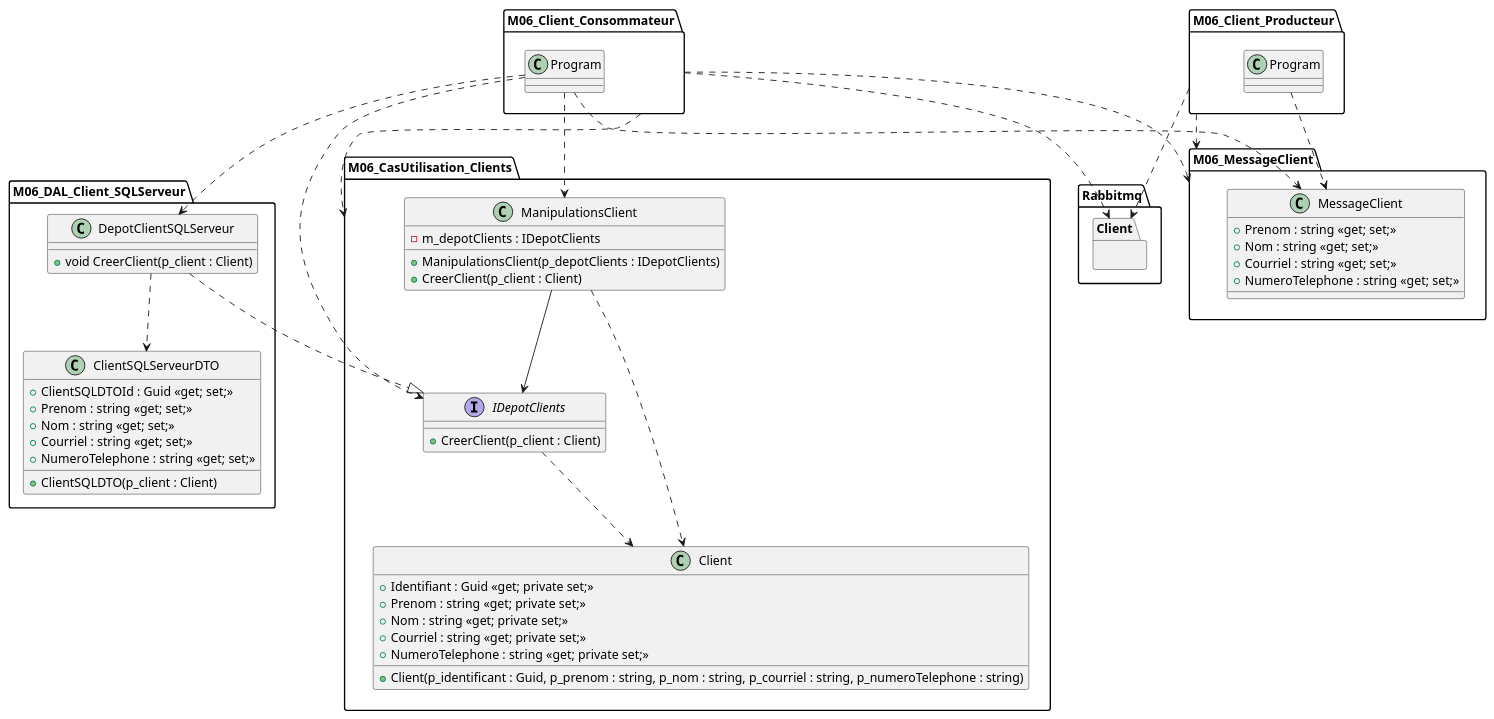
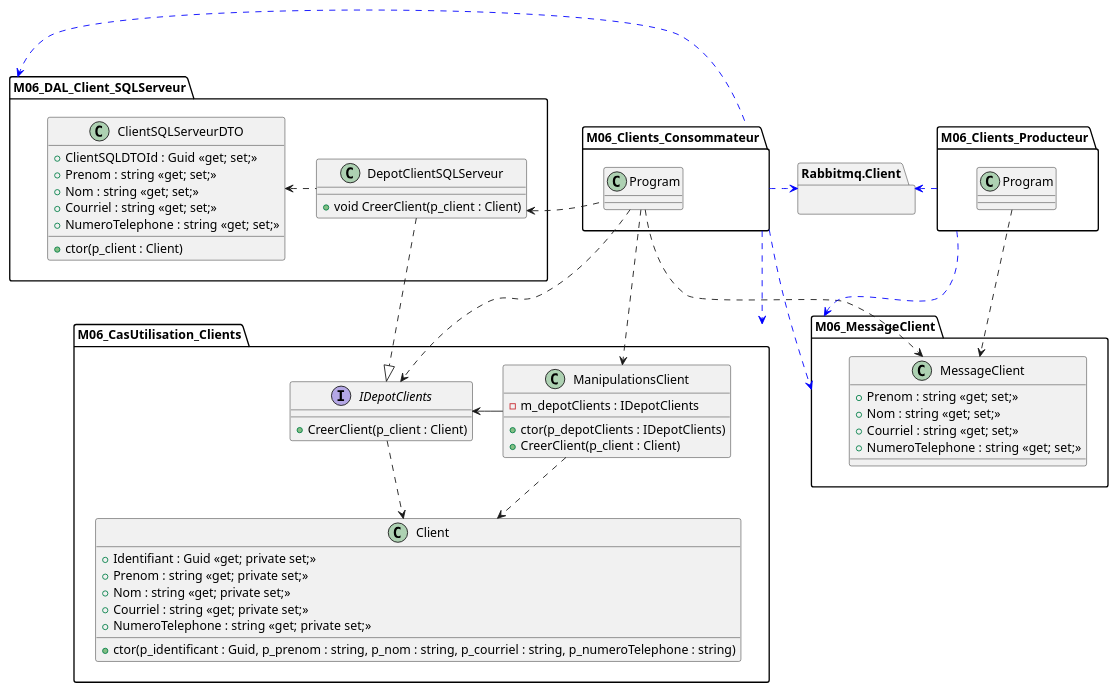
One commit to PiFou86/420-W47-SF changed the diagram in Module06_FileMessages/diag/uml_exercice2.wsd. Above: the diagram before and after it, drawn with PlantUML.

```diff
--- a/Module06_FileMessages/diag/uml_exercice2.wsd
+++ b/Module06_FileMessages/diag/uml_exercice2.wsd
@@ -1,78 +1,83 @@
 @startuml clients_classes
+set namespaceSeparator ::
 
 package M06_CasUtilisation_Clients {
     class ManipulationsClient {
         - m_depotClients : IDepotClients
-        + ManipulationsClient(p_depotClients : IDepotClients)
+        + ctor(p_depotClients : IDepotClients)
         + CreerClient(p_client : Client)
     }
+
     interface IDepotClients {
         + CreerClient(p_client : Client)
     }
+
     class Client {
         + Identifiant : Guid <<get; private set;>>
         + Prenom : string <<get; private set;>>
         + Nom : string <<get; private set;>>
         + Courriel : string <<get; private set;>>
         + NumeroTelephone : string <<get; private set;>>
-        + Client(p_identificant : Guid, p_prenom : string, p_nom : string, p_courriel : string, p_numeroTelephone : string)
+        + ctor(p_identificant : Guid, p_prenom : string, p_nom : string, p_courriel : string, p_numeroTelephone : string)
     }
-    ManipulationsClient --> IDepotClients
+
+    ManipulationsClient -> IDepotClients
     ManipulationsClient ..> Client
     IDepotClients ..> Client
 }
 
 package M06_DAL_Client_SQLServeur {
     class DepotClientSQLServeur {
         + void CreerClient(p_client : Client)
     }
 
     class ClientSQLServeurDTO {
         + ClientSQLDTOId : Guid <<get; set;>>
         + Prenom : string <<get; set;>>
         + Nom : string <<get; set;>>
         + Courriel : string <<get; set;>>
         + NumeroTelephone : string <<get; set;>>
-        + ClientSQLDTO(p_client : Client)
+        + ctor(p_client : Client)
     }
 
-    DepotClientSQLServeur ..|> IDepotClients
-    DepotClientSQLServeur ..> ClientSQLServeurDTO
+    DepotClientSQLServeur ..|> M06_CasUtilisation_Clients::IDepotClients
+    DepotClientSQLServeur .l> ClientSQLServeurDTO
 }
 
-package M06_MessageClient {
-    class MessageClient {
-        + Prenom : string <<get; set;>>
-        + Nom : string <<get; set;>>
-        + Courriel : string <<get; set;>>
-        + NumeroTelephone : string <<get; set;>>
+together {
+    package M06_MessageClient {
+        class MessageClient {
+            + Prenom : string <<get; set;>>
+            + Nom : string <<get; set;>>
+            + Courriel : string <<get; set;>>
+            + NumeroTelephone : string <<get; set;>>
+        }
     }
+
+    package M06_Clients_Producteur {
+        class Program
+
+        Program ..> M06_MessageClient::MessageClient
+    }
+
+    package Rabbitmq.Client {}
 }
 
-package M06_Client_Producteur {
+package M06_Clients_Consommateur {
+    class Program
 
-}
-M06_Client_Producteur.Program ..> MessageClient
-
-package M06_Client_Consommateur {
-
-
-}
-M06_Client_Consommateur.Program ..> MessageClient
-M06_Client_Consommateur.Program ..> ManipulationsClient
-M06_Client_Consommateur.Program ..> IDepotClients
-M06_Client_Consommateur.Program ..> DepotClientSQLServeur
-
-
-package Rabbitmq.Client {
-
+    Program ..> M06_MessageClient::MessageClient
+    Program ..> M06_CasUtilisation_Clients::ManipulationsClient
+    Program ..> M06_CasUtilisation_Clients::IDepotClients
+    Program .l> M06_DAL_Client_SQLServeur::DepotClientSQLServeur
 }
 
+M06_Clients_Producteur .[#blue]> Rabbitmq.Client
+M06_Clients_Producteur .[#blue].> M06_MessageClient
 
-M06_Client_Producteur ..> Rabbitmq.Client
-M06_Client_Producteur ..> M06_MessageClient
+M06_Clients_Consommateur .[#blue]> Rabbitmq.Client
+M06_Clients_Consommateur .[#blue].> M06_CasUtilisation_Clients
+M06_Clients_Consommateur .[#blue].> M06_MessageClient
+M06_Clients_Consommateur .[#blue]l> M06_DAL_Client_SQLServeur
 
-M06_Client_Consommateur ..> Rabbitmq.Client
-M06_Client_Consommateur ..> M06_CasUtilisation_Clients
-M06_Client_Consommateur ..> M06_MessageClient
 @enduml
```
